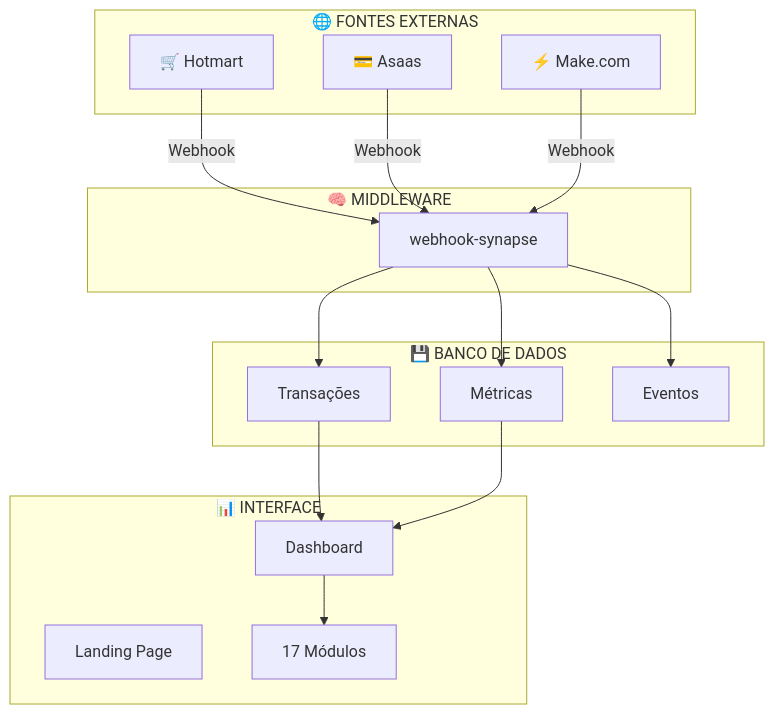
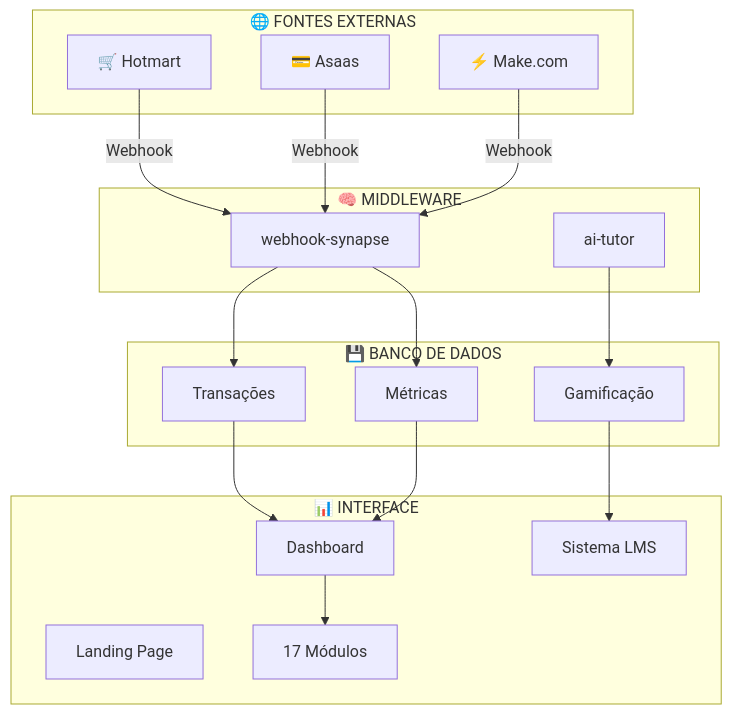
One commit to moisesblank/people-flow-desk changed the diagram in CHECKLIST_MOISES_MEDEIROS.md. Above: the diagram before and after it, drawn with Mermaid. The commit also changed other lines of this file and 3 other files, not shown here.

````diff
--- a/CHECKLIST_MOISES_MEDEIROS.md
+++ b/CHECKLIST_MOISES_MEDEIROS.md
@@ -85,29 +93,33 @@
 ```mermaid
 graph TB
     subgraph "🌐 FONTES EXTERNAS"
         H[🛒 Hotmart]
         A[💳 Asaas]
         M[⚡ Make.com]
     end
     
     subgraph "🧠 MIDDLEWARE"
         W[webhook-synapse]
+        AI[ai-tutor]
     end
     
     subgraph "💾 BANCO DE DADOS"
         T[Transações]
         ME[Métricas]
-        IE[Eventos]
+        GA[Gamificação]
     end
     
     subgraph "📊 INTERFACE"
         D[Dashboard]
         LP[Landing Page]
+        LMS[Sistema LMS]
         MOD[17 Módulos]
     end
     
     H & A & M -->|Webhook| W
-    W --> T & ME & IE
+    W --> T & ME
+    AI --> GA
     T & ME --> D
     D --> MOD
+    GA --> LMS
 ```
````
